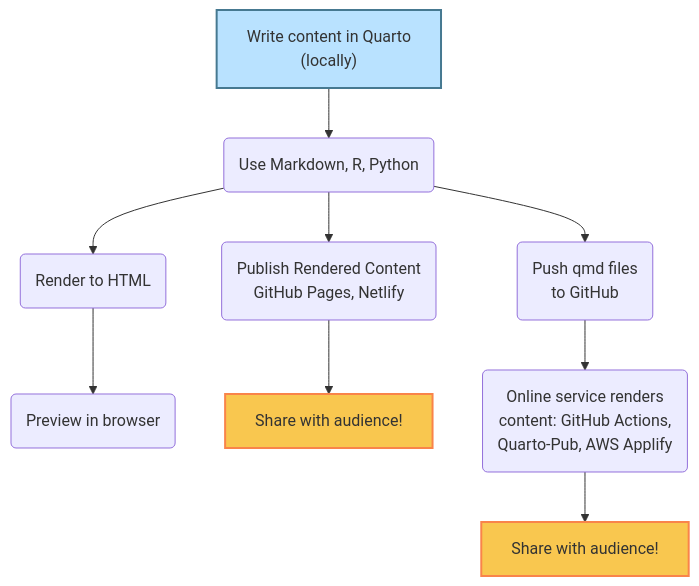
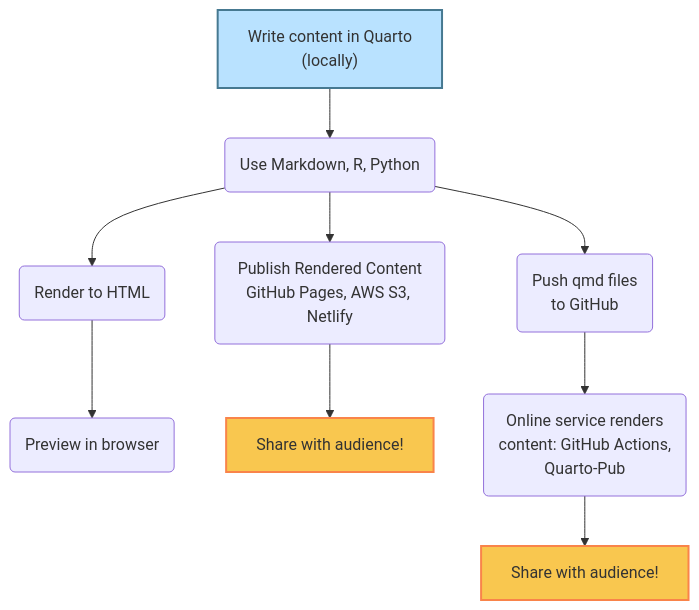
The diagram in pt3/QS_Part3.qmd (UCANR-IGIS/quarto-showcase), drawn with Mermaid before and after one commit. The commit also changed other lines of this file and 1 other file, not shown here.

````diff
--- a/pt3/QS_Part3.qmd
+++ b/pt3/QS_Part3.qmd
@@ -96,16 +96,16 @@
 ```{mermaid, cache = TRUE}
 flowchart TD
   A["Write content in Quarto<br/>(locally)"] --> B("Use Markdown, R, Python")
   B --> C("Render to HTML")
   C --> D("Preview in browser")
-  B --> E("Publish Rendered Content<br/>GitHub Pages, Netlify")
+  B --> E("Publish Rendered Content<br/>GitHub Pages, AWS S3, Netlify")
   E --> F["Share with audience!"]
   B --> G("Push qmd files<br/>to GitHub")
-  G --> H("Online service renders<br/>content: GitHub Actions,<br/>Quarto-Pub, AWS Applify")
+  G --> H("Online service renders<br/>content: GitHub Actions,<br/>Quarto-Pub")
   H --> I["Share with audience!"]
   
   classDef blueBox fill:#b9e2ff,stroke:#467991,stroke-width:2px
   classDef orangeBox fill:#f9c74f,stroke:#f9844a,stroke-width:2px
   class A blueBox
   class F,I orangeBox
 ```
````
